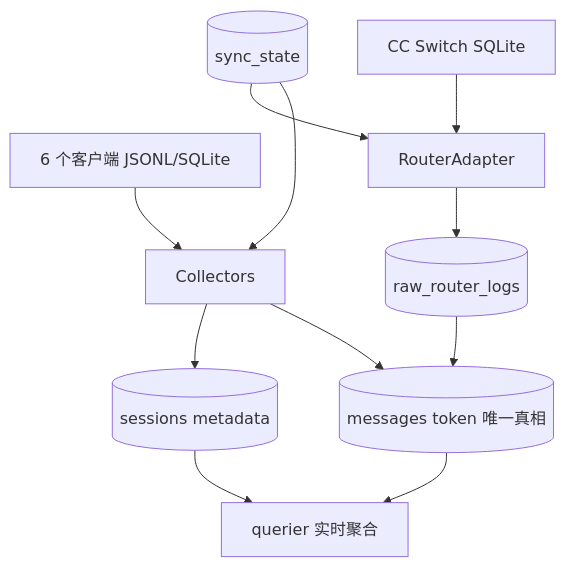
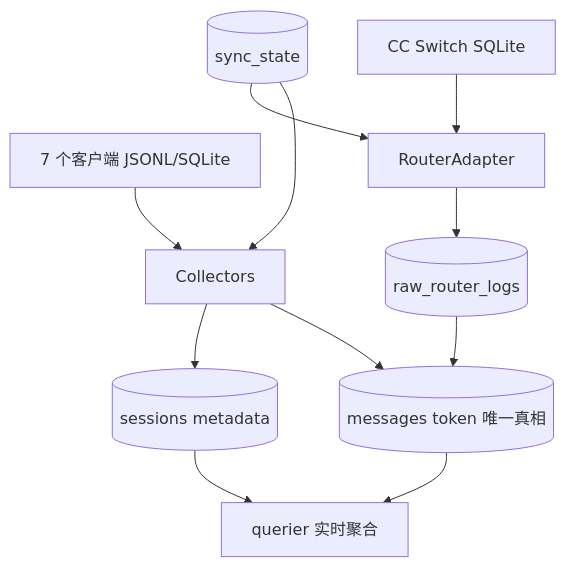
The diagram in docs/architecture.zh-CN.md (YuLaiZ/token-usage), drawn with Mermaid before and after one commit. The commit also changed other lines of this file and 28 other files, not shown here.

````diff
--- a/docs/architecture.zh-CN.md
+++ b/docs/architecture.zh-CN.md
@@ -72,13 +73,13 @@
 ```mermaid
 graph TB
-    A[6 个客户端 JSONL/SQLite] --> C[Collectors]
+    A[7 个客户端 JSONL/SQLite] --> C[Collectors]
     R[CC Switch SQLite] --> RA[RouterAdapter]
     C --> M[(messages token 唯一真相)]
     C --> S[(sessions metadata)]
     RA --> RR[(raw_router_logs)]
     RR --> M
     M --> Q[querier 实时聚合]
     S --> Q
     SS[(sync_state)] --> C
     SS --> RA
 ```
````
